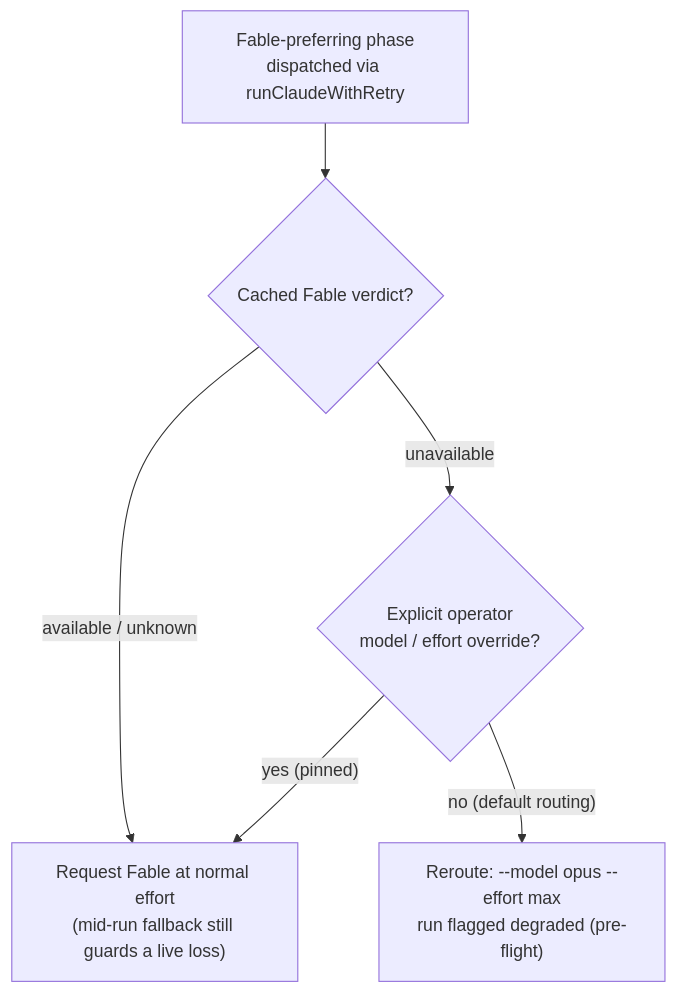
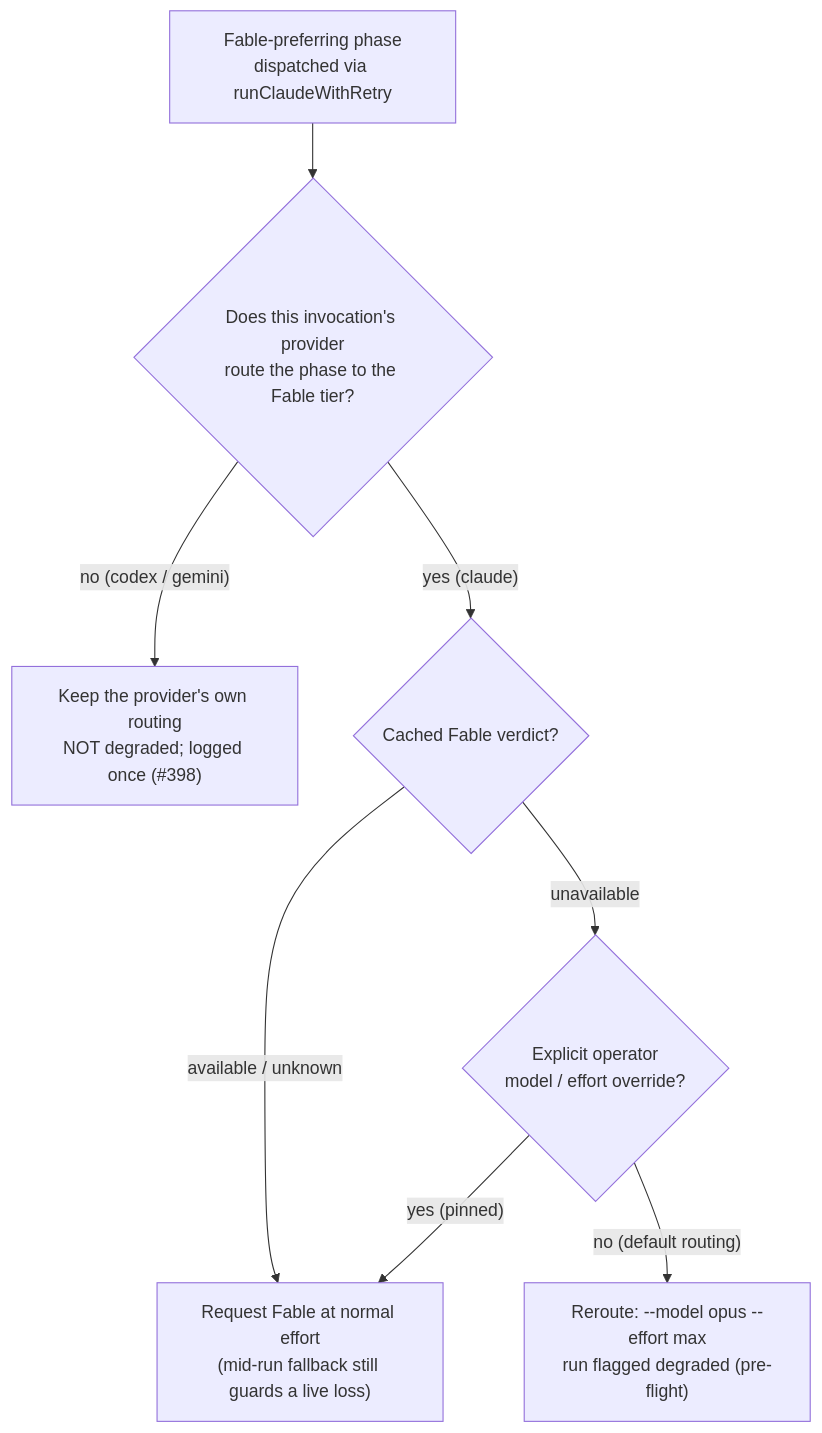
Before and after one commit to stSoftwareAU/VibeCoder: the sixth of 12 diagrams in docs/MODEL-AND-CACHING.md, drawn with Mermaid. The commit also changed other lines of this file and 5 other files, not shown here.

First line of the commit message:
Gate the pre-flight Fable reroute on the invocation's provider (#398)

````diff
--- a/docs/MODEL-AND-CACHING.md
+++ b/docs/MODEL-AND-CACHING.md
@@ -1177,8 +1185,10 @@
 ```mermaid
 flowchart TD
-    A["Fable-preferring phase<br/>dispatched via runClaudeWithRetry"] --> B{"Cached Fable verdict?"}
+    A["Fable-preferring phase<br/>dispatched via runClaudeWithRetry"] --> P{"Does this invocation's provider<br/>route the phase to the Fable tier?"}
+    P -- "no (codex / gemini)" --> F["Keep the provider's own routing<br/>NOT degraded; logged once (#398)"]
+    P -- "yes (claude)" --> B{"Cached Fable verdict?"}
     B -- "available / unknown" --> C["Request Fable at normal effort<br/>(mid-run fallback still guards a live loss)"]
     B -- "unavailable" --> D{"Explicit operator<br/>model / effort override?"}
     D -- "yes (pinned)" --> C
     D -- "no (default routing)" --> E["Reroute: --model opus --effort max<br/>run flagged degraded (pre-flight)"]
 ```
````
